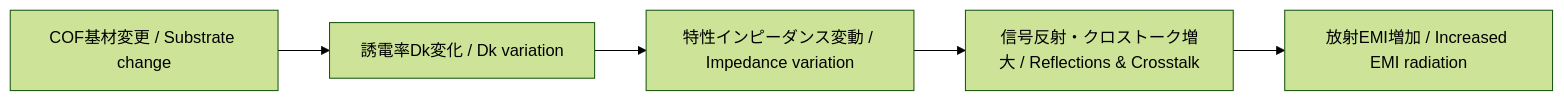
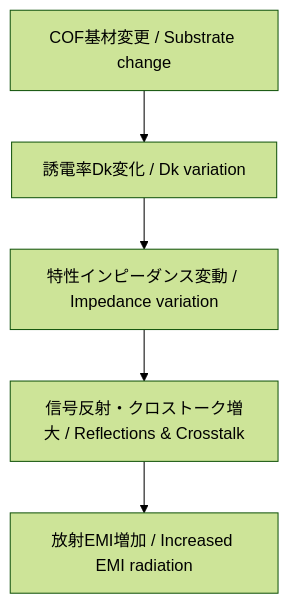
One commit to Samizo-AITL/Edusemi-v4x changed the diagram in chapter6_test_and_package/docs/COF_SystemDK.md. Above: the diagram before and after it, drawn with Mermaid (forest theme). The commit also changed other lines of this file, not shown here.

````diff
--- a/chapter6_test_and_package/docs/COF_SystemDK.md
+++ b/chapter6_test_and_package/docs/COF_SystemDK.md
@@ -166,7 +164,7 @@
     ```mermaid
-    graph LR
+    graph TB
       A[COF基材変更 / Substrate change] --> B[誘電率Dk変化 / Dk variation]
       B --> C[特性インピーダンス変動 / Impedance variation]
       C --> D[信号反射・クロストーク増大 / Reflections & Crosstalk]
       D --> E[放射EMI増加 / Increased EMI radiation]
     ```  
````
